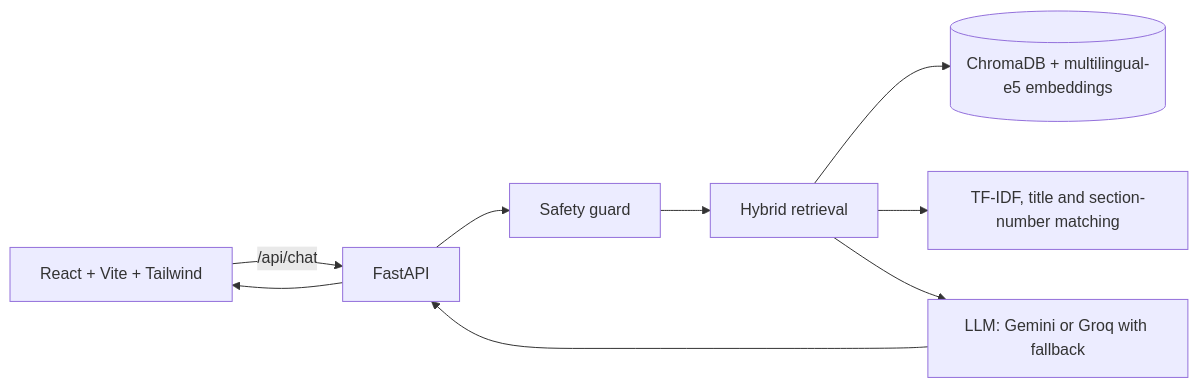
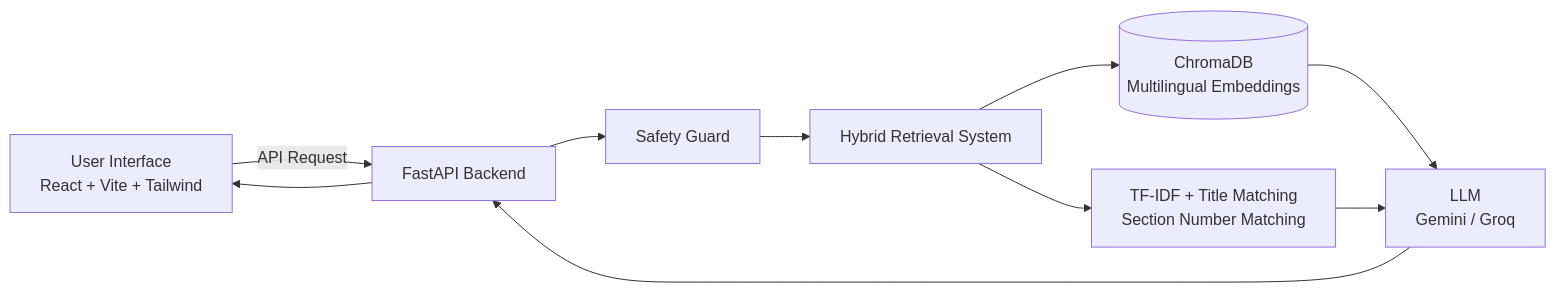
One commit to ravnoor-1407/Nyaya-Sahayak-Legal-AI-Assistant changed the diagram in README.md. Above: the diagram before and after it, drawn with Mermaid. The commit also changed other lines of this file, not shown here.

````diff
--- a/README.md
+++ b/README.md
@@ -26,11 +141,20 @@
 ```mermaid
 flowchart LR
-  U[React + Vite + Tailwind] -->|/api/chat| B[FastAPI]
-  B --> S[Safety guard]
-  S --> R[Hybrid retrieval]
-  R --> V[(ChromaDB + multilingual-e5 embeddings)]
-  R --> K[TF-IDF, title and section-number matching]
-  R --> L[LLM: Gemini or Groq with fallback]
-  L --> B
-  B --> U
+    U[User Interface<br/>React + Vite + Tailwind] -->|API Request| B[FastAPI Backend]
+
+    B --> S[Safety Guard]
+
+    S --> R[Hybrid Retrieval System]
+
+    R --> V[(ChromaDB<br/>Multilingual Embeddings)]
+
+    R --> K[TF-IDF + Title Matching<br/>Section Number Matching]
+
+    V --> L[LLM<br/>Gemini / Groq]
+
+    K --> L
+
+    L --> B
+
+    B --> U
 ```
````
